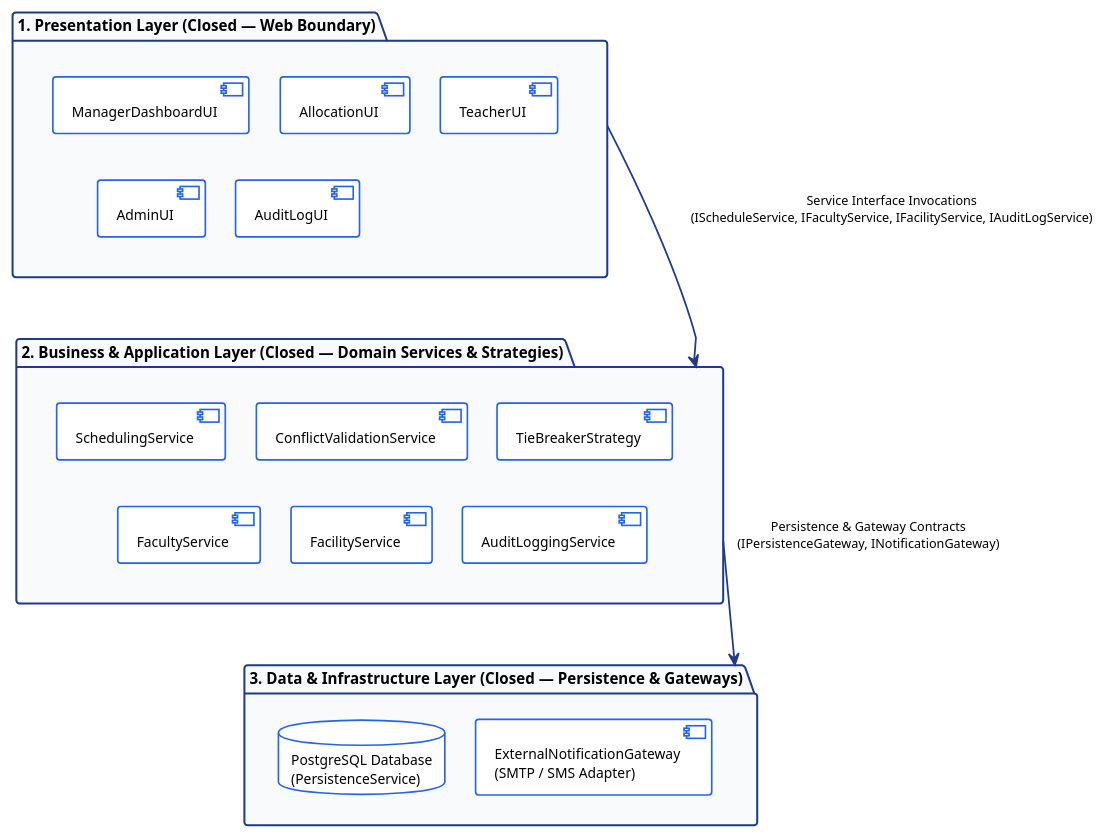
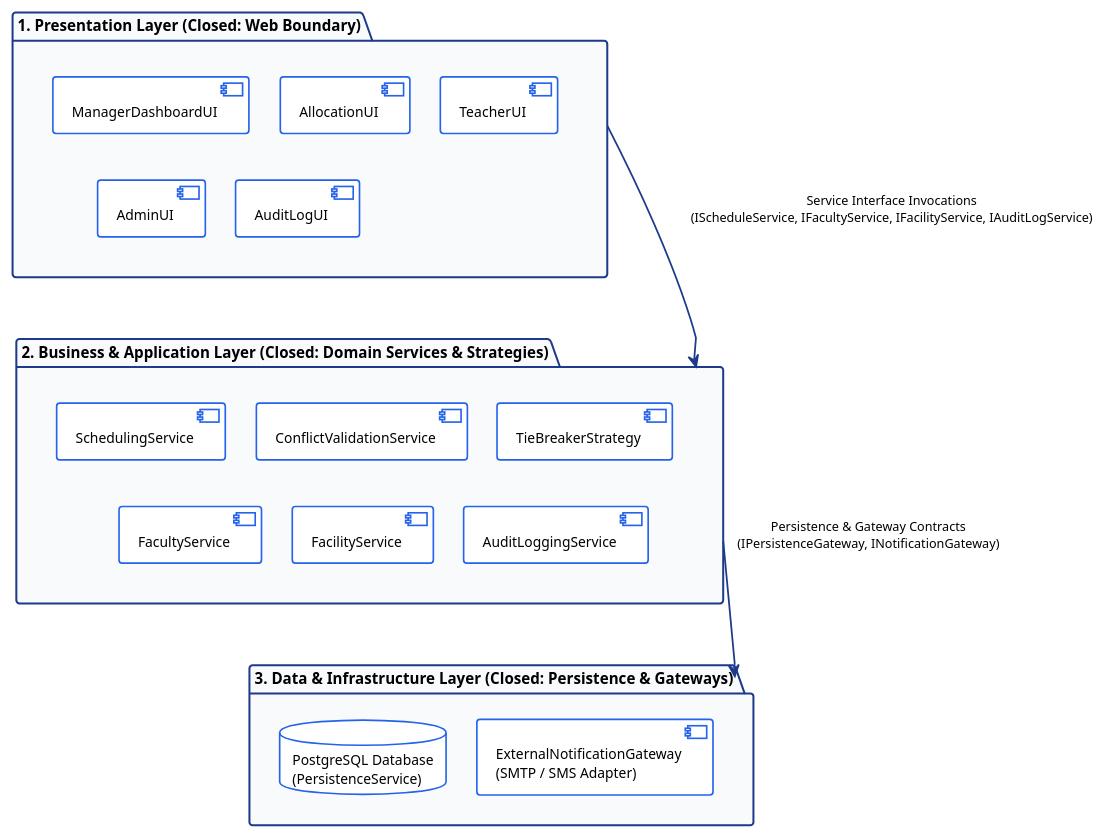
One commit to adoreblvnk/2001temp changed the diagram in report/assets/m2/architecture_diagram.puml. Above: the diagram before and after it, drawn with PlantUML. The commit also changed 27 other files, not shown here.

```diff
--- a/report/assets/m2/architecture_diagram.puml
+++ b/report/assets/m2/architecture_diagram.puml
@@ -1,84 +1,84 @@
 @startuml architecture_diagram
 top to bottom direction
 skinparam componentStyle uml2
 skinparam shadowing false
 skinparam defaultFontName "Helvetica", "Arial", sans-serif
 skinparam defaultFontSize 11
 skinparam nodesep 24
 skinparam ranksep 36
 
 skinparam package {
     BackgroundColor #F8FAFC
     BorderColor #1E3A8A
     BorderThickness 1.6
     FontSize 12
     FontStyle bold
 }
 
 skinparam component {
     BackgroundColor #FFFFFF
     BorderColor #2563EB
     BorderThickness 1.3
     FontSize 11
 }
 
 skinparam database {
     BackgroundColor #FFFFFF
     BorderColor #2563EB
     BorderThickness 1.3
     FontSize 11
 }
 
 skinparam arrow {
     Color #1E3A8A
     Thickness 1.4
     FontSize 10
 }
 
-package "1. Presentation Layer (Closed — Web Boundary)" as Layer1 {
+package "1. Presentation Layer (Closed: Web Boundary)" as Layer1 {
     together {
         component "ManagerDashboardUI" as UI1
         component "AllocationUI" as UI2
         component "TeacherUI" as UI3
     }
     together {
         component "AdminUI" as UI4
         component "AuditLogUI" as UI5
     }
     UI1 -[hidden]right-> UI2
     UI2 -[hidden]right-> UI3
     UI4 -[hidden]right-> UI5
     UI1 -[hidden]down-> UI4
     UI2 -[hidden]down-> UI5
 }
 
-package "2. Business & Application Layer (Closed — Domain Services & Strategies)" as Layer2 {
+package "2. Business & Application Layer (Closed: Domain Services & Strategies)" as Layer2 {
     together {
         component "SchedulingService" as S1
         component "ConflictValidationService" as S2
         component "TieBreakerStrategy" as S3
     }
     together {
         component "FacultyService" as S4
         component "FacilityService" as S5
         component "AuditLoggingService" as S6
     }
     S1 -[hidden]right-> S2
     S2 -[hidden]right-> S3
     S4 -[hidden]right-> S5
     S5 -[hidden]right-> S6
     S1 -[hidden]down-> S4
     S2 -[hidden]down-> S5
     S3 -[hidden]down-> S6
 }
 
-package "3. Data & Infrastructure Layer (Closed — Persistence & Gateways)" as Layer3 {
+package "3. Data & Infrastructure Layer (Closed: Persistence & Gateways)" as Layer3 {
     database "PostgreSQL Database\n(PersistenceService)" as DB
     component "ExternalNotificationGateway\n(SMTP / SMS Adapter)" as GW
     DB -[hidden]right-> GW
 }
 Layer1 -down-> Layer2 : "  Service Interface Invocations\n  (IScheduleService, IFacultyService, IFacilityService, IAuditLogService)"
 Layer2 -down-> Layer3 : "  Persistence & Gateway Contracts\n  (IPersistenceGateway, INotificationGateway)"
 UI4 -[hidden]down-> S1
 S5 -[hidden]down-> DB
 @enduml
```
